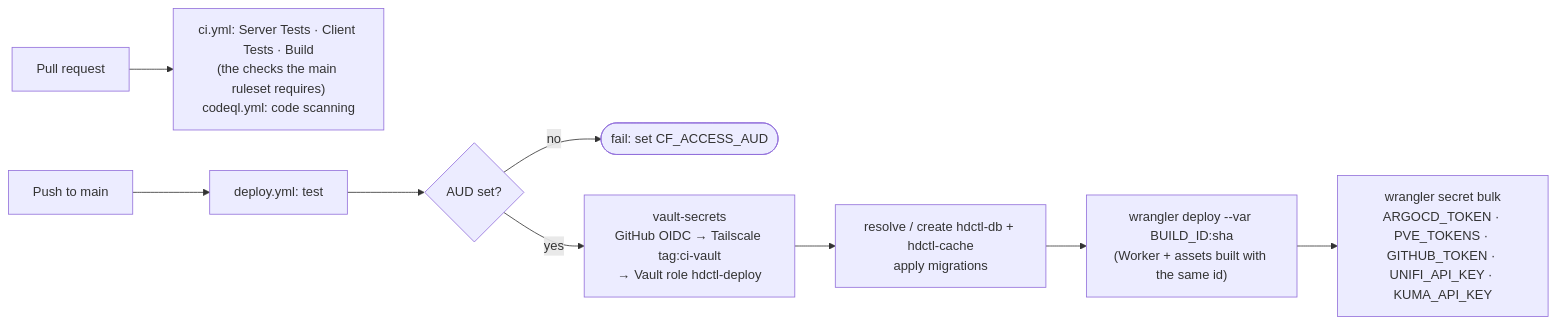
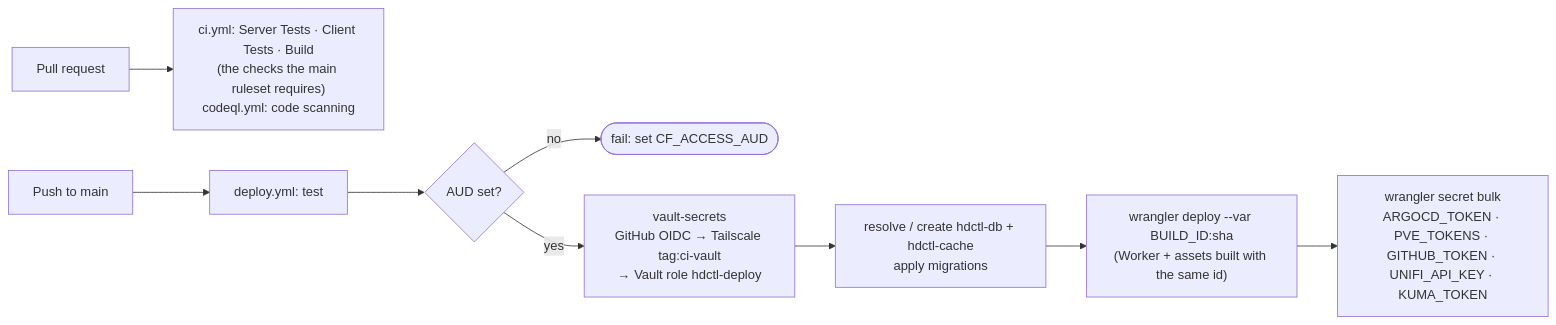
The third of 3 diagrams in docs/operations.md (mike12806/hdctl), drawn with Mermaid before and after one commit. The commit also changed other lines of this file and 19 other files, not shown here.

````diff
--- a/docs/operations.md
+++ b/docs/operations.md
@@ -98,11 +120,11 @@
 ```mermaid
 flowchart LR
   pr["Pull request"] --> ci["ci.yml: Server Tests · Client Tests · Build<br/>(the checks the main ruleset requires)<br/>codeql.yml: code scanning"]
   main["Push to main"] --> test["deploy.yml: test"]
   test --> aud{"AUD set?"}
   aud -->|no| stop(["fail: set CF_ACCESS_AUD"])
   aud -->|yes| vault["vault-secrets<br/>GitHub OIDC → Tailscale tag:ci-vault<br/>→ Vault role hdctl-deploy"]
   vault --> d1["resolve / create hdctl-db + hdctl-cache<br/>apply migrations"]
   d1 --> dep["wrangler deploy --var BUILD_ID:sha<br/>(Worker + assets built with the same id)"]
-  dep --> sec["wrangler secret bulk<br/>ARGOCD_TOKEN · PVE_TOKENS · GITHUB_TOKEN · UNIFI_API_KEY · KUMA_API_KEY"]
+  dep --> sec["wrangler secret bulk<br/>ARGOCD_TOKEN · PVE_TOKENS · GITHUB_TOKEN · UNIFI_API_KEY · KUMA_TOKEN"]
 ```
````
